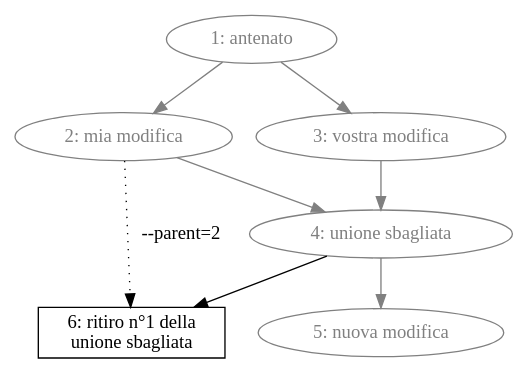
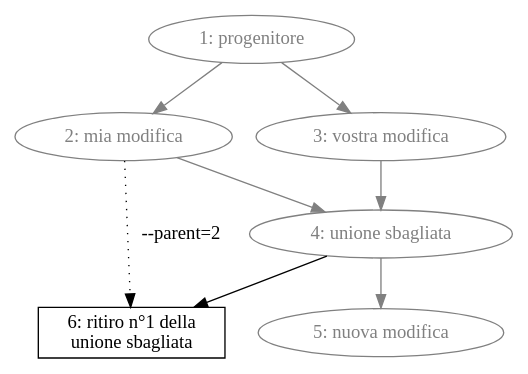
Before and after one commit to paugier/mercurial-book: the diagram in it/figs/bad-merge-2.dot, drawn with Graphviz. The commit also changed 5 other files, not shown here.

```diff
--- a/it/figs/bad-merge-2.dot
+++ b/it/figs/bad-merge-2.dot
@@ -1,18 +1,18 @@
 digraph bad_merge_2 {
-	ancestor [label="1: antenato",color=grey,fontcolor=grey];
+	ancestor [label="1: progenitore",color=grey,fontcolor=grey];
 	left [label="2: mia modifica",color=grey,fontcolor=grey];
 	right [label="3: vostra modifica",color=grey,fontcolor=grey];
 	bad [label="4: unione sbagliata",color=grey,fontcolor=grey];
 	new [label="5: nuova modifica",color=grey,fontcolor=grey];
 
 	bak_left [label="6: ritiro n°1 della\nunione sbagliata",shape=box];
 
 	ancestor -> left [color=grey];
 	ancestor -> right [color=grey];
 	left -> bad [color=grey];
 	right -> bad [color=grey];
 	bad -> new [color=grey];
 
 	bad -> bak_left;
 	left -> bak_left [style=dotted,label="--parent=2"];
 }
```
